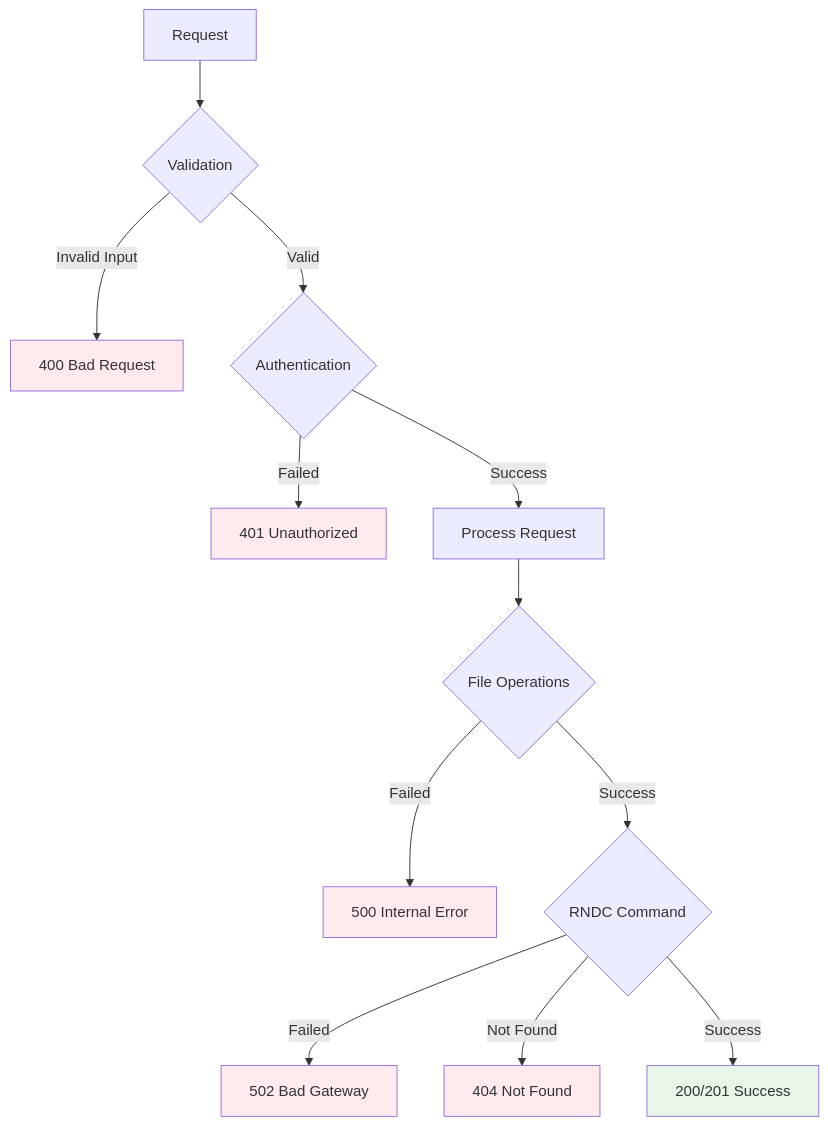
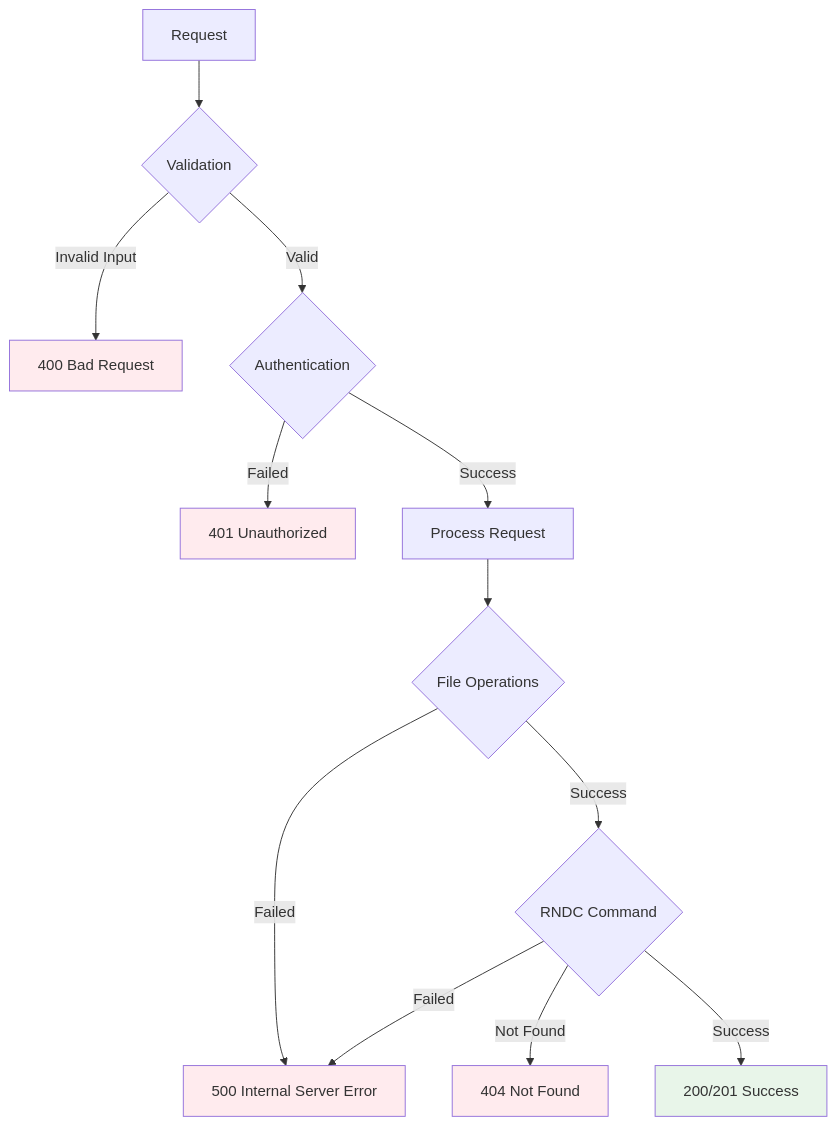
One commit to firestoned/bindcar changed diagram 12 of 12 in docs/src/getting-started/index.md. Above: the diagram before and after it, drawn with Mermaid. The commit also changed other lines of this file and 27 other files, not shown here.

````diff
--- a/docs/src/getting-started/index.md
+++ b/docs/src/getting-started/index.md
@@ -282,23 +282,23 @@
 ```mermaid
 graph TD
     Req[Request] --> Val{Validation}
     Val -->|Invalid Input| E400[400 Bad Request]
     Val -->|Valid| Auth{Authentication}
     Auth -->|Failed| E401[401 Unauthorized]
     Auth -->|Success| Proc[Process Request]
     
     Proc --> FS{File Operations}
     FS -->|Failed| E500[500 Internal Error]
     FS -->|Success| RNDC{RNDC Command}
     
-    RNDC -->|Failed| E502[502 Bad Gateway]
+    RNDC -->|Failed| E500[500 Internal Server Error]
     RNDC -->|Not Found| E404[404 Not Found]
     RNDC -->|Success| Success[200/201 Success]
     
     style E400 fill:#ffebee
     style E401 fill:#ffebee
     style E404 fill:#ffebee
     style E500 fill:#ffebee
-    style E502 fill:#ffebee
+    style E500 fill:#ffebee
     style Success fill:#e8f5e9
 ```
````
